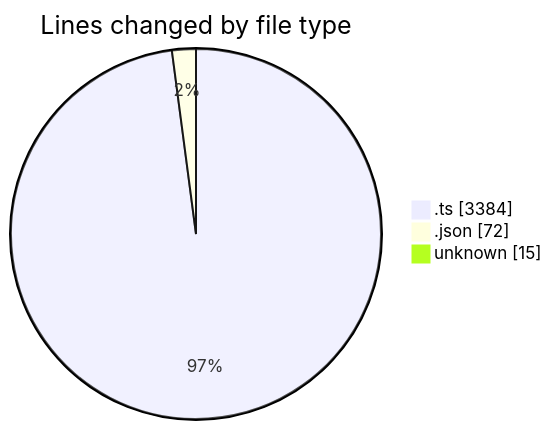
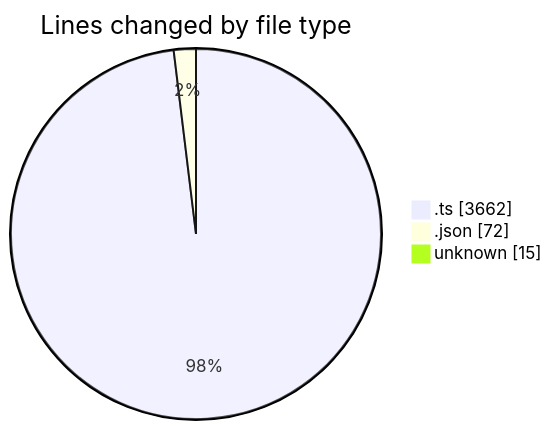
Before and after one commit to lephambinh05/code-tracking: the first of 2 diagrams in 2025-09-10/hiai-phf/README.md, drawn with Mermaid. The commit also changed other lines of this file and 1 other file, not shown here.

````diff
--- a/2025-09-10/hiai-phf/README.md
+++ b/2025-09-10/hiai-phf/README.md
@@ -29,7 +29,7 @@
 ```mermaid
 pie showData
 title Lines changed by file type
-".ts" : 3384
+".ts" : 3662
 ".json" : 72
 "unknown" : 15
 ```
````
